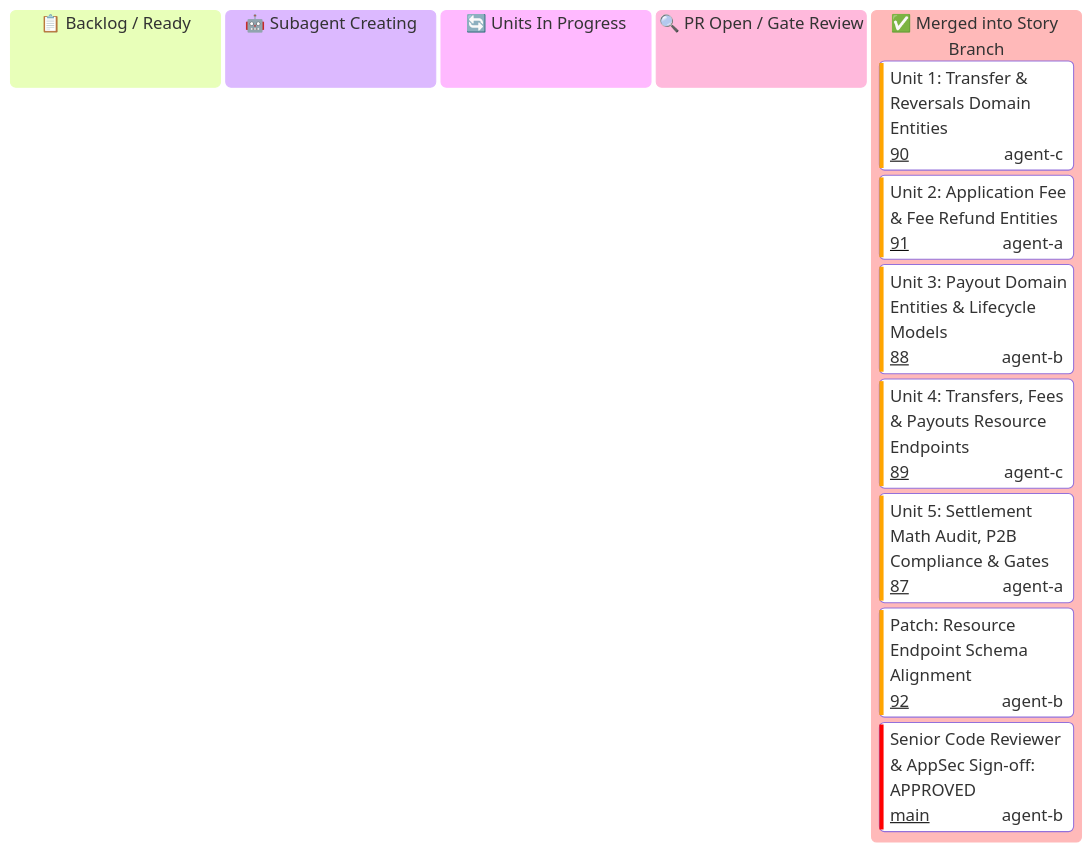
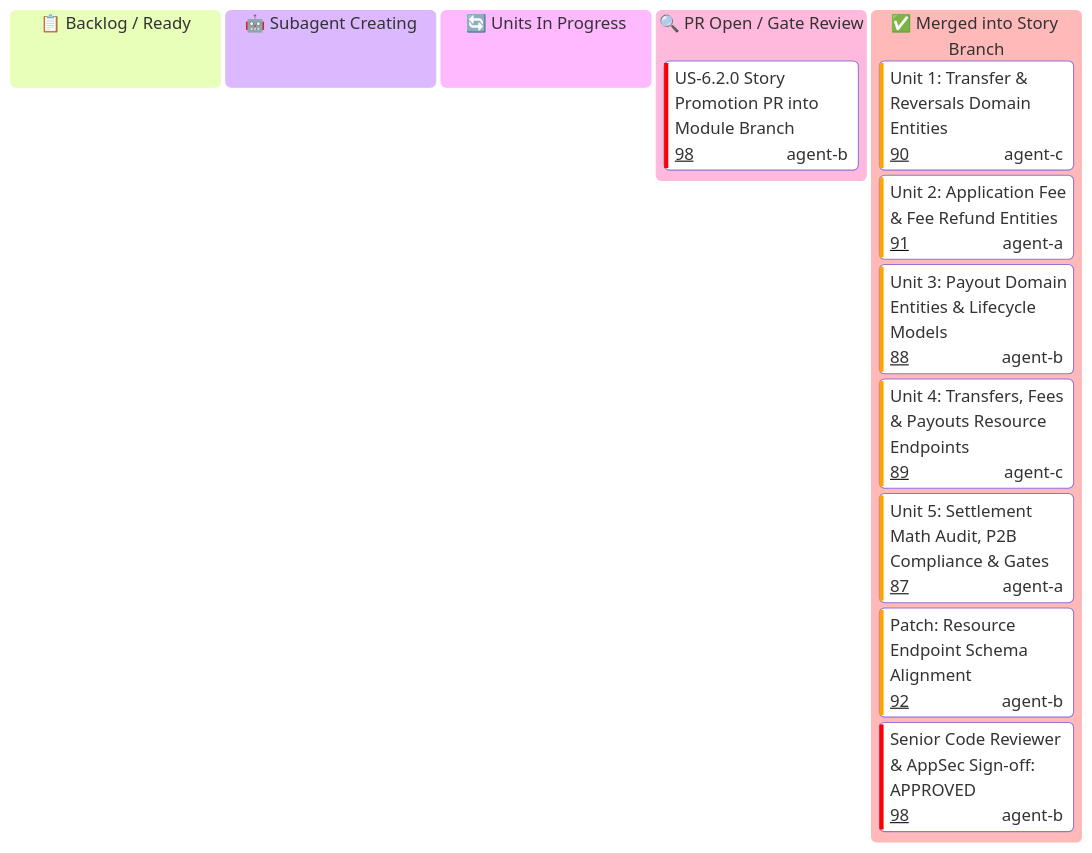
One commit to some-of-cs/some-stripe changed the diagram in docs/user-stories/module-6-connect-and-marketplaces/US-6.2.0-KANBAN.md. Above: the diagram before and after it, drawn with Mermaid. The commit also changed other lines of this file, not shown here.

Commit message:
docs(us-6.2.0): update kanban with promotion PR #98 link and gate status

````diff
--- a/docs/user-stories/module-6-connect-and-marketplaces/US-6.2.0-KANBAN.md
+++ b/docs/user-stories/module-6-connect-and-marketplaces/US-6.2.0-KANBAN.md
@@ -15,20 +15,21 @@
 ```mermaid
 ---
 config:
   kanban:
     ticketBaseUrl: 'https://github.com/some-of-cs/some-stripe/pull/#TICKET#'
 ---
 kanban
   todo[📋 Backlog / Ready]
   spawning[🤖 Subagent Creating]
   in_progress[🔄 Units In Progress]
   review[🔍 PR Open / Gate Review]
+    s62_pr[US-6.2.0 Story Promotion PR into Module Branch]@{ ticket: '98', assigned: 'agent-b', priority: 'Very High' }
   done[✅ Merged into Story Branch]
     u621[Unit 1: Transfer & Reversals Domain Entities]@{ ticket: '90', assigned: 'agent-c', priority: 'High' }
     u622[Unit 2: Application Fee & Fee Refund Entities]@{ ticket: '91', assigned: 'agent-a', priority: 'High' }
     u623[Unit 3: Payout Domain Entities & Lifecycle Models]@{ ticket: '88', assigned: 'agent-b', priority: 'High' }
     u624[Unit 4: Transfers, Fees & Payouts Resource Endpoints]@{ ticket: '89', assigned: 'agent-c', priority: 'High' }
     u625[Unit 5: Settlement Math Audit, P2B Compliance & Gates]@{ ticket: '87', assigned: 'agent-a', priority: 'High' }
     u62_patch[Patch: Resource Endpoint Schema Alignment]@{ ticket: '92', assigned: 'agent-b', priority: 'High' }
-    s62_review[Senior Code Reviewer & AppSec Sign-off: APPROVED]@{ ticket: 'main', assigned: 'agent-b', priority: 'Very High' }
+    s62_review[Senior Code Reviewer & AppSec Sign-off: APPROVED]@{ ticket: '98', assigned: 'agent-b', priority: 'Very High' }
 ```
````
